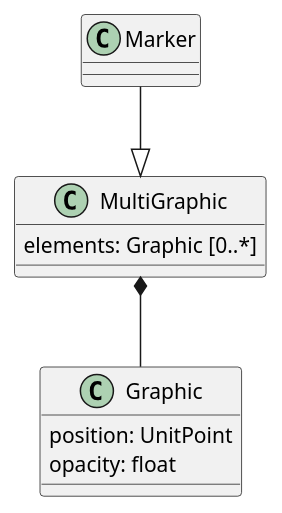
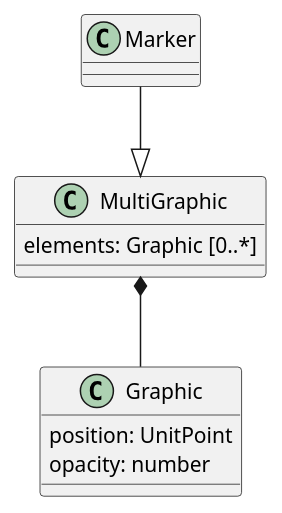
Before and after one commit to opengeospatial/cartographic-symbology: the seventh of 10 diagrams in 1-core/sections/clause_8_vector.adoc, drawn with PlantUML. The commit also changed other lines of this file and 16 other files, not shown here.

```diff
--- a/1-core/sections/clause_8_vector.adoc
+++ b/1-core/sections/clause_8_vector.adoc
@@ -217,12 +217,12 @@
 [plantuml, target=diagram-classes, format=png]
 ....
 @startuml
 Marker --|> MultiGraphic
 
 MultiGraphic : elements: Graphic [0..*]
 MultiGraphic *-- Graphic
 
 Graphic : position: UnitPoint
-Graphic : opacity: float
+Graphic : opacity: number
 @enduml
 ....
```
